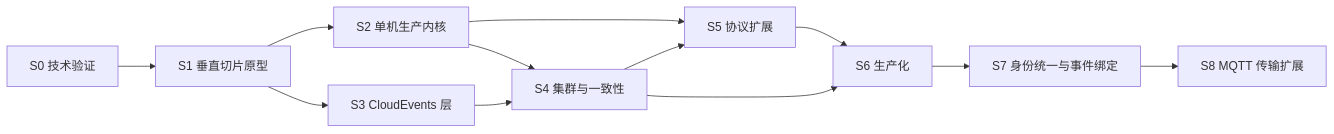
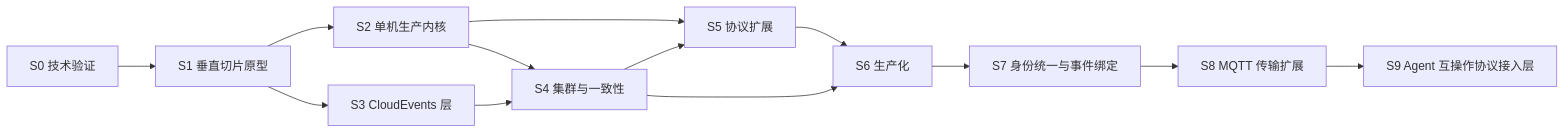
The diagram in docs/roadmap.md (wanliofficial/unified-mq), drawn with Mermaid before and after one commit. The commit also changed other lines of this file and 1 other file, not shown here.

Commit message:
docs: add S9 agent interop protocol plan and roadmap entry

````diff
--- a/docs/roadmap.md
+++ b/docs/roadmap.md
@@ -21,14 +21,15 @@
 ```mermaid
 flowchart LR
     S0[S0 技术验证] --> S1[S1 垂直切片原型]
     S1 --> S2[S2 单机生产内核]
     S1 --> S3[S3 CloudEvents 层]
     S2 --> S4[S4 集群与一致性]
     S3 --> S4
     S2 --> S5[S5 协议扩展]
     S4 --> S5
     S5 --> S6[S6 生产化]
     S4 --> S6
     S6 --> S7[S7 身份统一与事件绑定]
     S7 --> S8[S8 MQTT 传输扩展]
+    S8 --> S9[S9 Agent 互操作协议接入层]
 ```
````
